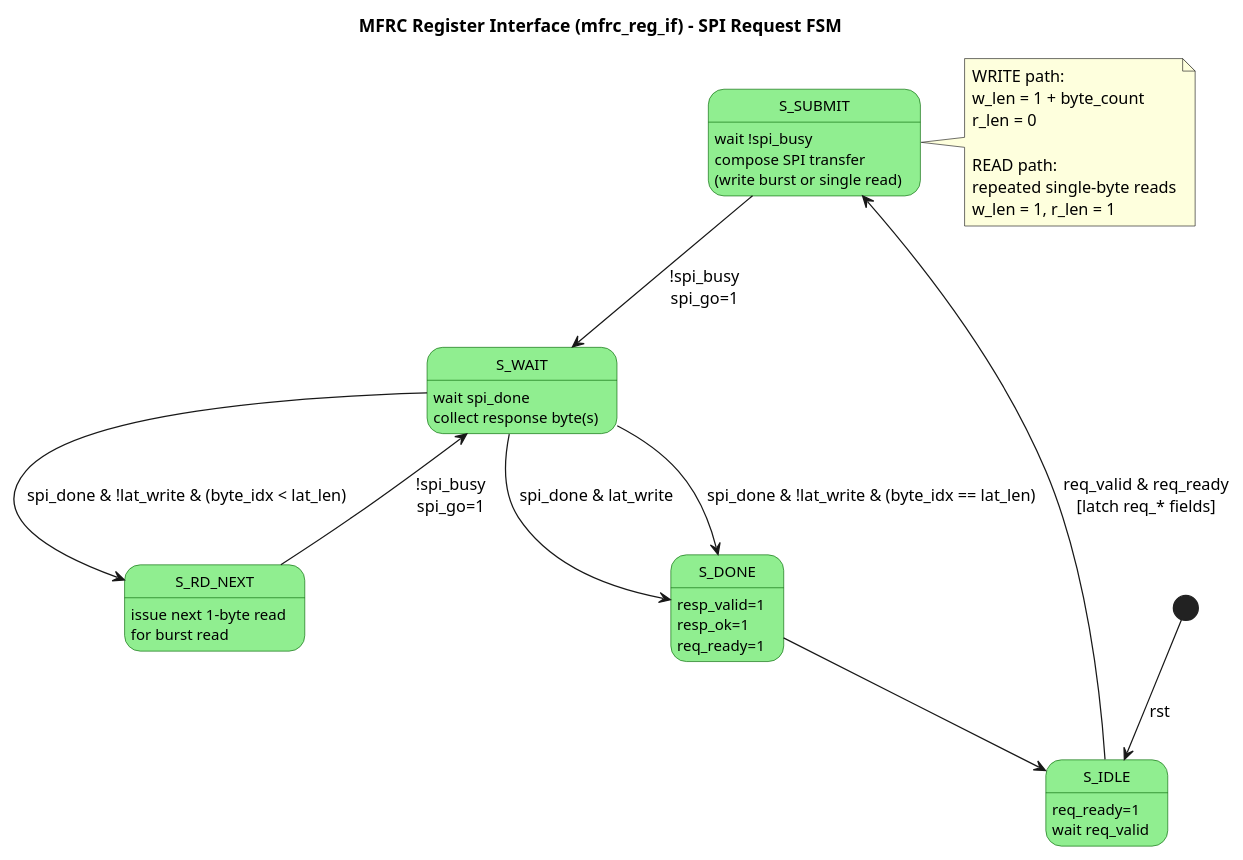
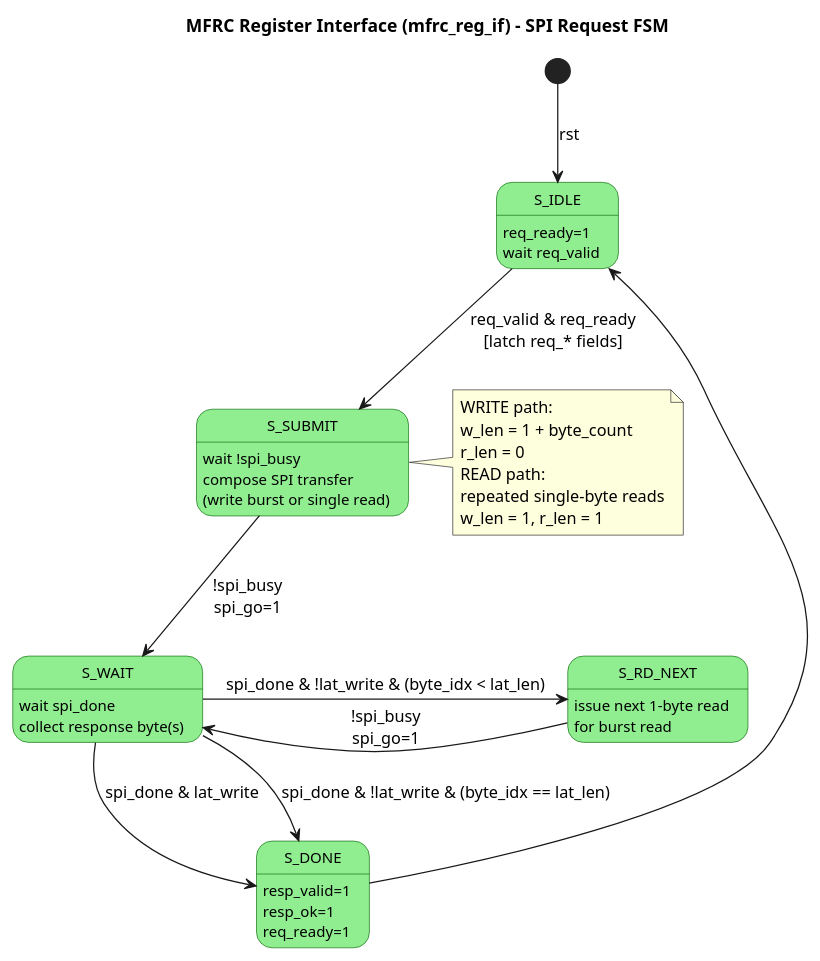
One commit to lild4d4/layer changed the diagram in docs/diagrams/SPI/mfrc_reg_if.puml. Above: the diagram before and after it, drawn with PlantUML.

Commit message:
chore: reaorder mfrc_reg_if fsm diagram

```diff
--- a/docs/diagrams/SPI/mfrc_reg_if.puml
+++ b/docs/diagrams/SPI/mfrc_reg_if.puml
@@ -1,41 +1,34 @@
-@startuml MFRC_Reg_IF_FSM
+@startuml
 
 skinparam state {
     BackgroundColor LightGreen
     BorderColor DarkGreen
     FontSize 12
 }
-
 title MFRC Register Interface (mfrc_reg_if) - SPI Request FSM
 
-[*] --> S_IDLE : rst
+[*] -down-> S_IDLE : rst
 
 state S_IDLE : req_ready=1\nwait req_valid
 state S_SUBMIT : wait !spi_busy\ncompose SPI transfer\n(write burst or single read)
 state S_WAIT : wait spi_done\ncollect response byte(s)
 state S_RD_NEXT : issue next 1-byte read\nfor burst read
 state S_DONE : resp_valid=1\nresp_ok=1\nreq_ready=1
 
-S_IDLE --> S_SUBMIT : req_valid & req_ready\n[latch req_* fields]
-
-S_SUBMIT --> S_WAIT : !spi_busy\nspi_go=1
-
-S_WAIT --> S_DONE : spi_done & lat_write
-S_WAIT --> S_DONE : spi_done & !lat_write & (byte_idx == lat_len)
-S_WAIT --> S_RD_NEXT : spi_done & !lat_write & (byte_idx < lat_len)
-
-S_RD_NEXT --> S_WAIT : !spi_busy\nspi_go=1
-
-S_DONE --> S_IDLE
+S_IDLE -down-> S_SUBMIT : req_valid & req_ready\n[latch req_* fields]
+S_SUBMIT -down-> S_WAIT : !spi_busy\nspi_go=1
+S_WAIT -down-> S_DONE : spi_done & lat_write
+S_WAIT -down-> S_DONE : spi_done & !lat_write & (byte_idx == lat_len)
+S_WAIT -right-> S_RD_NEXT : spi_done & !lat_write & (byte_idx < lat_len)
+S_RD_NEXT -left-> S_WAIT : !spi_busy\nspi_go=1
+S_DONE -up-> S_IDLE
 
 note right of S_SUBMIT
   WRITE path:
   w_len = 1 + byte_count
   r_len = 0
-
   READ path:
   repeated single-byte reads
   w_len = 1, r_len = 1
 end note
-
 @enduml
```
